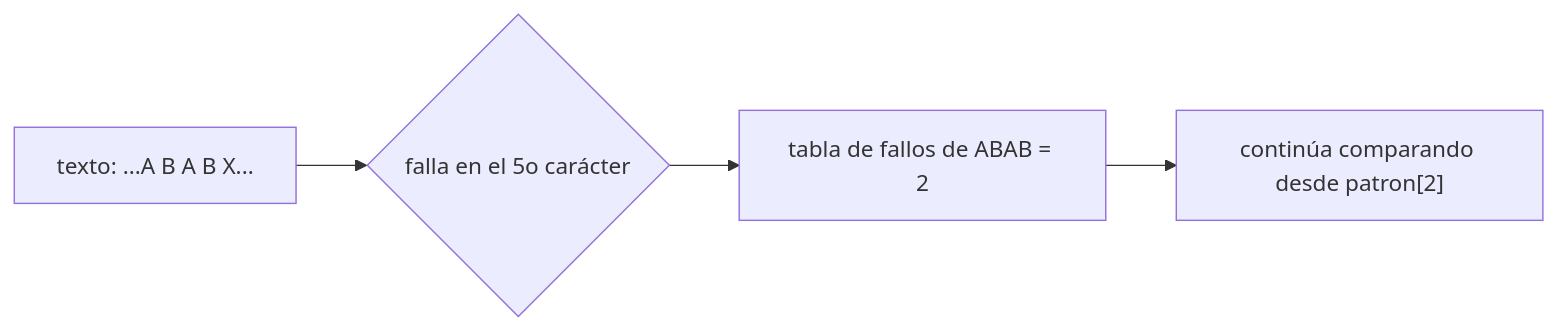
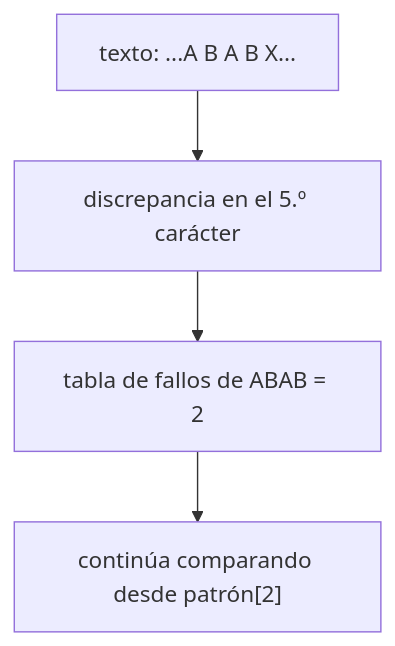
One commit to NICORUIZ93/The_Imperial_Book changed the fourth of 5 diagrams in web/public/content/foundations/modulo-13.md. Above: the diagram before and after it, drawn with Mermaid. The commit also changed 22 other files, not shown here.

First line of the commit message:
fix(diagrams): corregir decisiones sin rama y duplicados genéricos

````diff
--- a/web/public/content/foundations/modulo-13.md
+++ b/web/public/content/foundations/modulo-13.md
@@ -357,6 +357,6 @@
 ```mermaid
-flowchart LR
-    T["texto: ...A B A B X..."] --> F{"falla en el 5o carácter"}
+flowchart TD
+    T["texto: ...A B A B X..."] --> F["discrepancia en el 5.º carácter"]
     F --> S["tabla de fallos de ABAB = 2"]
-    S --> R["continúa comparando desde patron[2]"]
+    S --> R["continúa comparando desde patrón[2]"]
 ```
````
